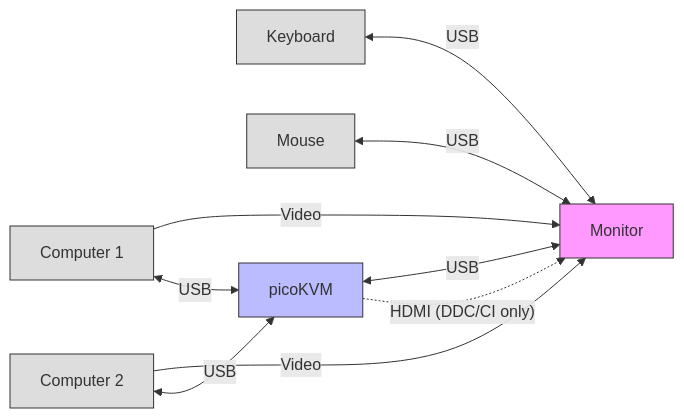
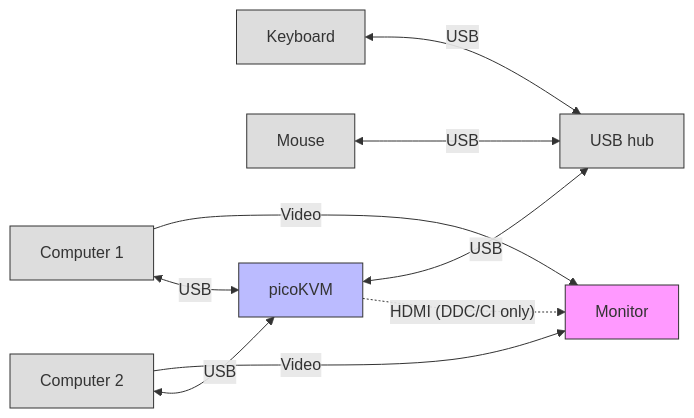
The diagram in README.md (FuNK3Y/picoKVM), drawn with Mermaid before and after one commit. The commit also changed other lines of this file, not shown here.

Commit message:
README: show a dedicated USB hub in the wiring schema
The keyboard, mouse and KVM were wired to the monitor node, which made
the monitor implicitly act as the USB hub. Add an explicit USB hub node
and note that the monitor's built-in hub can fill that role.

Claude-Session: https://claude.ai/code/session_01JEY3D9bLPWQCzVaJKbJK1p

````diff
--- a/README.md
+++ b/README.md
@@ -205,17 +205,18 @@
 ```mermaid
 graph LR
-    KB["Keyboard"] <--> |USB| MON
-    MOUSE["Mouse"] <--> |USB| MON
-    KVM <--> |USB| MON
+    KB["Keyboard"] <--> |USB| HUB["USB hub"]
+    MOUSE["Mouse"] <--> |USB| HUB
+    KVM <--> |USB| HUB
     PC1["Computer 1"] --> |Video| MON["Monitor"]
     PC2["Computer 2"] --> |Video| MON
     PC1 <--> |USB| KVM["picoKVM"]
     PC2 <--> |USB| KVM
     KVM -.-> |"HDMI (DDC/CI only)"| MON
     style MON fill:#f9f,stroke:#333
     style KVM fill:#bbf,stroke:#333
+    style HUB fill:#ddd,stroke:#333
     style KB fill:#ddd,stroke:#333
     style MOUSE fill:#ddd,stroke:#333
     style PC1 fill:#ddd,stroke:#333
     style PC2 fill:#ddd,stroke:#333
 ```
````
